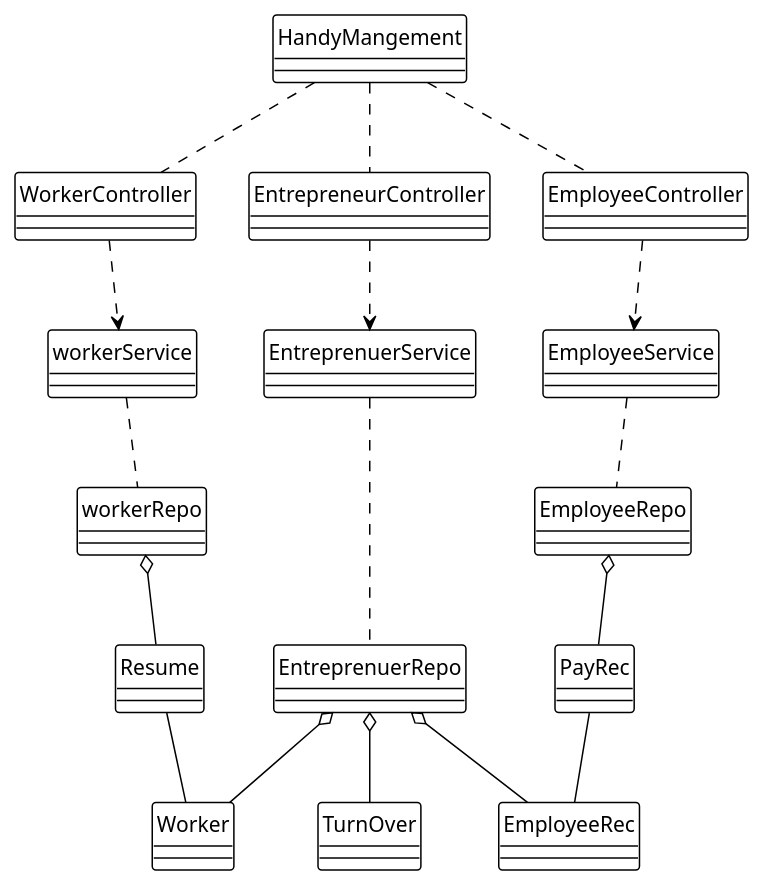
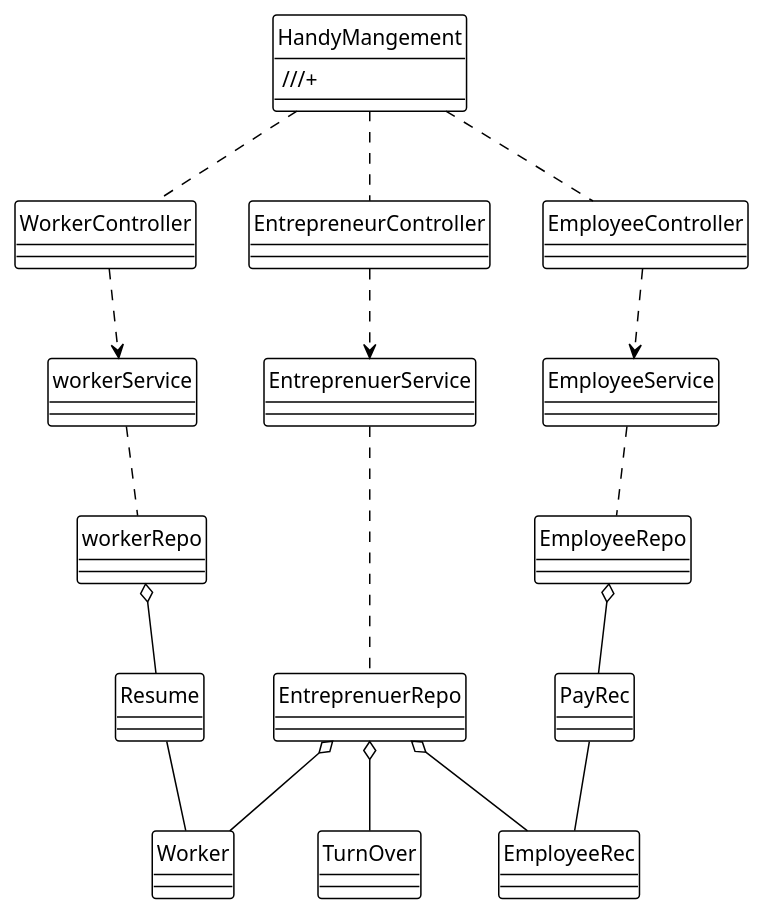
One commit to CPA-Developer/ProjectRepo changed the diagram in handyManagement.puml. Above: the diagram before and after it, drawn with PlantUML.

```diff
--- a/handyManagement.puml
+++ b/handyManagement.puml
@@ -1,63 +1,63 @@
 @startuml Handy Mangement
 skinparam style Strictuml
 
 !theme plain
 
 
 class HandyMangement {
-   
+   ///+
 }
 
 
 class WorkerController {
     
 }
 
 class EntrepreneurController {
    
 }
 
 class EmployeeController {
 
 }
 
 class workerService{}
 class workerRepo{}
 
 class EmployeeService{}
 class EmployeeRepo{}
 
 class EntreprenuerService{}
 class EntreprenuerRepo{}
 
 
 
 
 HandyMangement .. WorkerController
 HandyMangement .. EntrepreneurController
 HandyMangement .. EmployeeController
 
 
 WorkerController ..> workerService
 EntrepreneurController ..> EntreprenuerService
 EmployeeController ..> EmployeeService
 
 
 workerService .. workerRepo
 EmployeeService .. EmployeeRepo
 EntreprenuerService .. EntreprenuerRepo
 
 workerRepo o-- Resume 
 EntreprenuerRepo o--Worker 
 EntreprenuerRepo o--EmployeeRec
 EntreprenuerRepo o-- TurnOver
 EmployeeRepo o-- PayRec 
 PayRec -- EmployeeRec
 
 Resume --Worker
 
 
 
 
 
 @enduml
```
